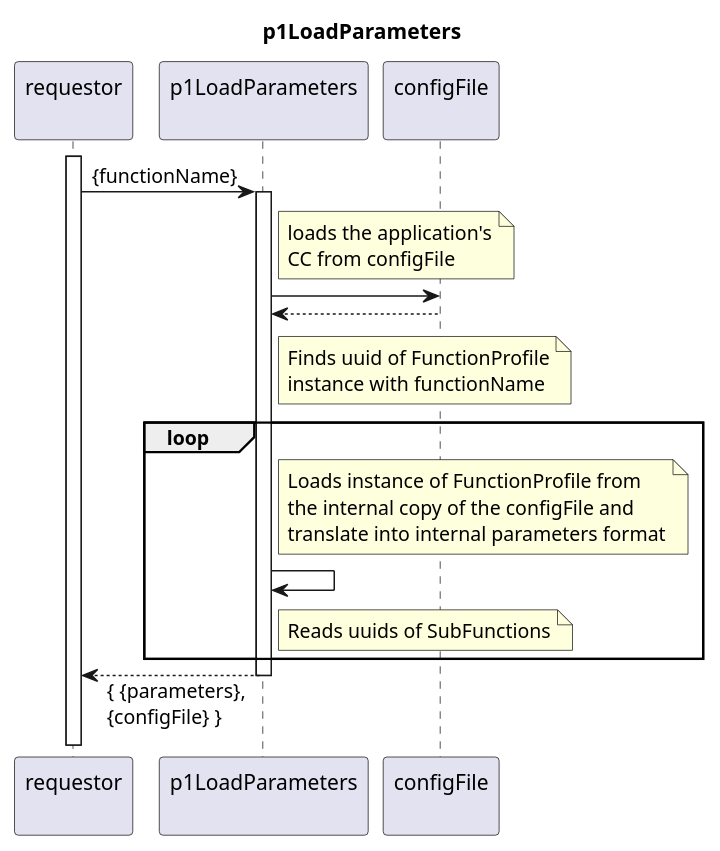
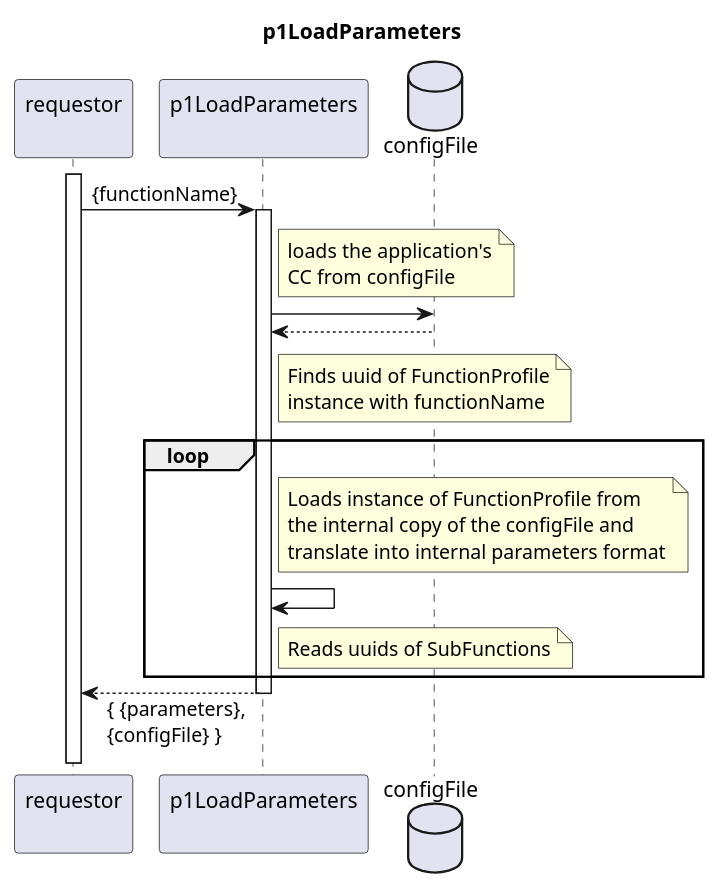
Before and after one commit to openBackhaul/DevicePerformanceManagementDataProcessor: the diagram in spec/Functions/p2StreamPmData/p1LoadParameters/1.0.0/p1LoadParameters.plantuml, drawn with PlantUML. The commit also changed 44 other files, not shown here.

```diff
--- a/spec/Functions/p2StreamPmData/p1LoadParameters/1.0.0/p1LoadParameters.plantuml
+++ b/spec/Functions/p2StreamPmData/p1LoadParameters/1.0.0/p1LoadParameters.plantuml
@@ -1,47 +1,47 @@
 @startuml p1LoadParameters
 skinparam responseMessageBelowArrow true
 
 title
   p1LoadParameters
 end title
 
 participant "requestor\n" as p1RMWDI
 participant "p1LoadParameters\n" as p1LP
-participant "configFile\n" as p1CF
+database "configFile" as config
 
 activate p1RMWDI
 
 p1RMWDI -> p1LP : {functionName}
 activate p1LP
 
   note right p1LP
     loads the application's
     CC from configFile
   end note
 
-  p1LP -> p1CF
-  p1LP <-- p1CF
+  p1LP -> config
+  p1LP <-- config
 
   note right p1LP
     Finds uuid of FunctionProfile
     instance with functionName
   end note
 
 
   loop
     note right p1LP
       Loads instance of FunctionProfile from
       the internal copy of the configFile and
       translate into internal parameters format
     end note
     p1LP -> p1LP
 
     note right p1LP
       Reads uuids of SubFunctions
     end note
   end loop
 
 p1RMWDI <-- p1LP : { {parameters},\n{configFile} }
 deactivate p1LP
 
 @enduml
```
